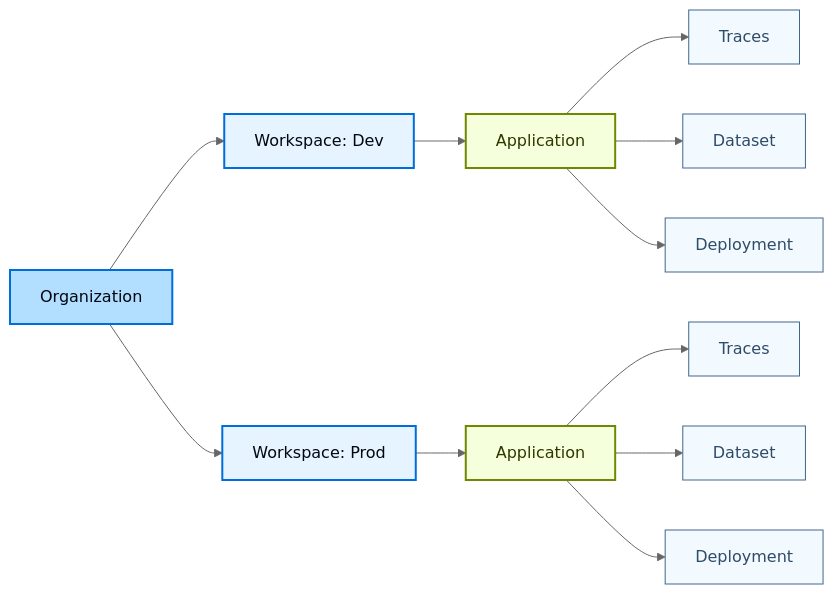
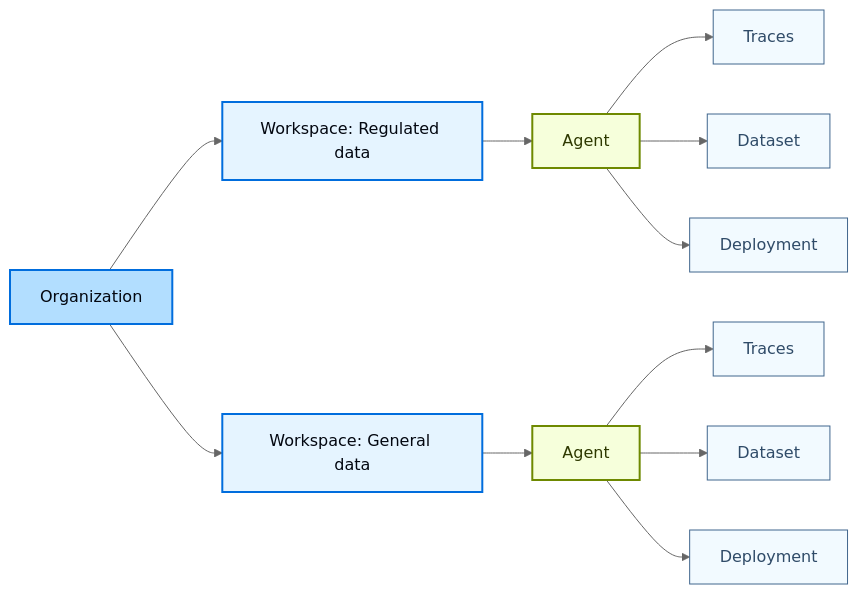
One commit to langchain-ai/docs changed the third of 3 diagrams in src/langsmith/workload-isolation.mdx. Above: the diagram before and after it, drawn with Mermaid (neutral theme). The commit also changed other lines of this file and 43 other files, not shown here.

````diff
--- a/src/langsmith/workload-isolation.mdx
+++ b/src/langsmith/workload-isolation.mdx
@@ -132,42 +136,42 @@
 ```mermaid actions={false}
 graph LR
     Org[Organization]
 
-    WSDev[Workspace: Dev]
-    WSProd[Workspace: Prod]
+    WSReg[Workspace: Regulated data]
+    WSGen[Workspace: General data]
 
-    AppDev[Application]
-    AppProd[Application]
+    AgentReg[Agent]
+    AgentGen[Agent]
 
-    TracesDev[Traces]
-    DatasetDev[Dataset]
-    DeploymentDev[Deployment]
+    TracesReg[Traces]
+    DatasetReg[Dataset]
+    DeploymentReg[Deployment]
 
-    TracesProd[Traces]
-    DatasetProd[Dataset]
-    DeploymentProd[Deployment]
+    TracesGen[Traces]
+    DatasetGen[Dataset]
+    DeploymentGen[Deployment]
 
-    Org --> WSDev
-    Org --> WSProd
+    Org --> WSReg
+    Org --> WSGen
 
-    WSDev --> AppDev
-    WSProd --> AppProd
+    WSReg --> AgentReg
+    WSGen --> AgentGen
 
-    AppDev --> TracesDev
-    AppDev --> DatasetDev
-    AppDev --> DeploymentDev
+    AgentReg --> TracesReg
+    AgentReg --> DatasetReg
+    AgentReg --> DeploymentReg
 
-    AppProd --> TracesProd
-    AppProd --> DatasetProd
-    AppProd --> DeploymentProd
+    AgentGen --> TracesGen
+    AgentGen --> DatasetGen
+    AgentGen --> DeploymentGen
 
     classDef orgStyle fill:#B2DEFF,stroke:#006DDD,stroke-width:2px,color:#030710
     classDef wsStyle fill:#E5F4FF,stroke:#006DDD,stroke-width:2px,color:#030710
     classDef appStyle fill:#F6FFDB,stroke:#6E8900,stroke-width:2px,color:#2E3900
     classDef resourceStyle fill:#F2FAFF,stroke:#40668D,stroke-width:1px,color:#2F4B68
 
     class Org orgStyle
-    class WSDev,WSProd wsStyle
-    class AppDev,AppProd appStyle
-    class TracesDev,DatasetDev,DeploymentDev,TracesProd,DatasetProd,DeploymentProd resourceStyle
+    class WSReg,WSGen wsStyle
+    class AgentReg,AgentGen appStyle
+    class TracesReg,DatasetReg,DeploymentReg,TracesGen,DatasetGen,DeploymentGen resourceStyle
 ```
````
